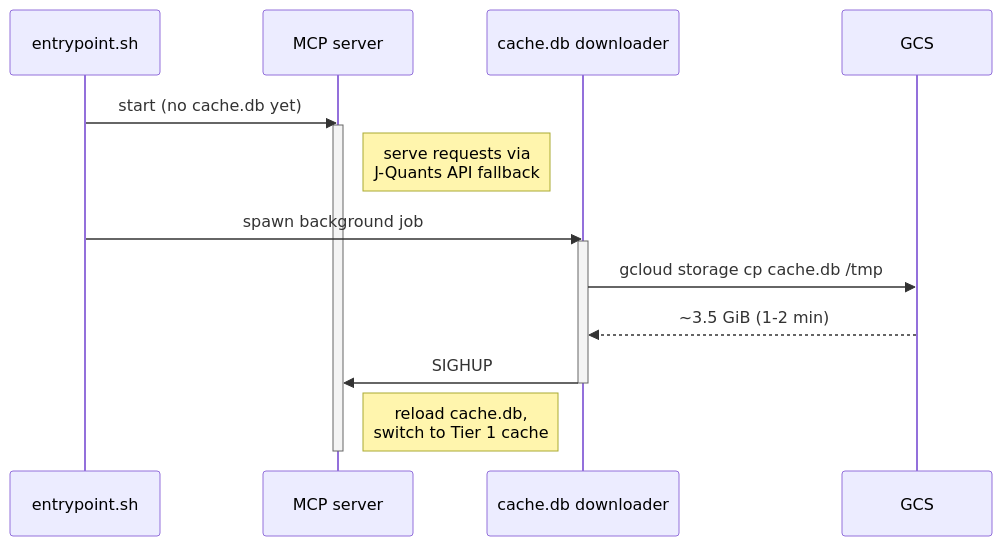
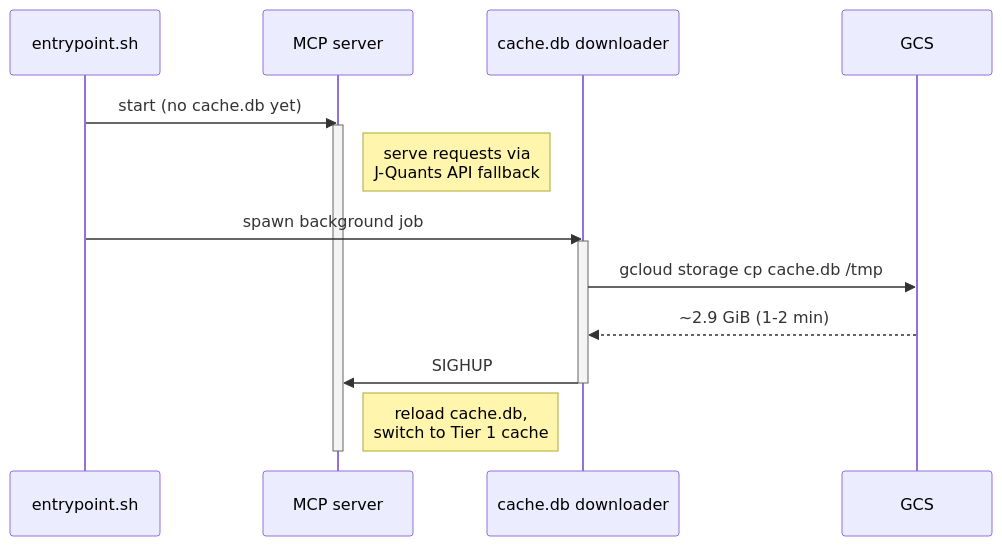
One commit to shigechika/jquants-mcp changed the second of 4 diagrams in README.md. Above: the diagram before and after it, drawn with Mermaid. The commit also changed other lines of this file and 1 other file, not shown here.

````diff
--- a/README.md
+++ b/README.md
@@ -784,19 +784,19 @@
 ```mermaid
 sequenceDiagram
     participant E as entrypoint.sh
     participant M as MCP server
     participant D as cache.db downloader
     participant G as GCS
 
     E->>M: start (no cache.db yet)
     activate M
     Note right of M: serve requests via<br/>J-Quants API fallback
     E->>D: spawn background job
     activate D
     D->>G: gcloud storage cp cache.db /tmp
-    G-->>D: ~3.5 GiB (1-2 min)
+    G-->>D: ~2.9 GiB (1-2 min)
     D->>M: SIGHUP
     deactivate D
     Note right of M: reload cache.db,<br/>switch to Tier 1 cache
     deactivate M
 ```
````
